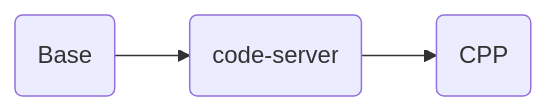
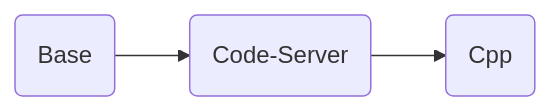
The diagram in README.md (ben0i0d/coder-workspace-stacks), drawn with Mermaid before and after one commit. The commit also changed other lines of this file and 1 other file, not shown here.

Commit message:
Update 2 files
- /README.md
- /.gitlab-ci.yml

````diff
--- a/README.md
+++ b/README.md
@@ -35,4 +35,4 @@
 ```mermaid
 graph LR
-A(Base)-->B(code-server)-->C(CPP)
+A(Base)-->B(Code-Server)-->C(Cpp)
 ```  
````
